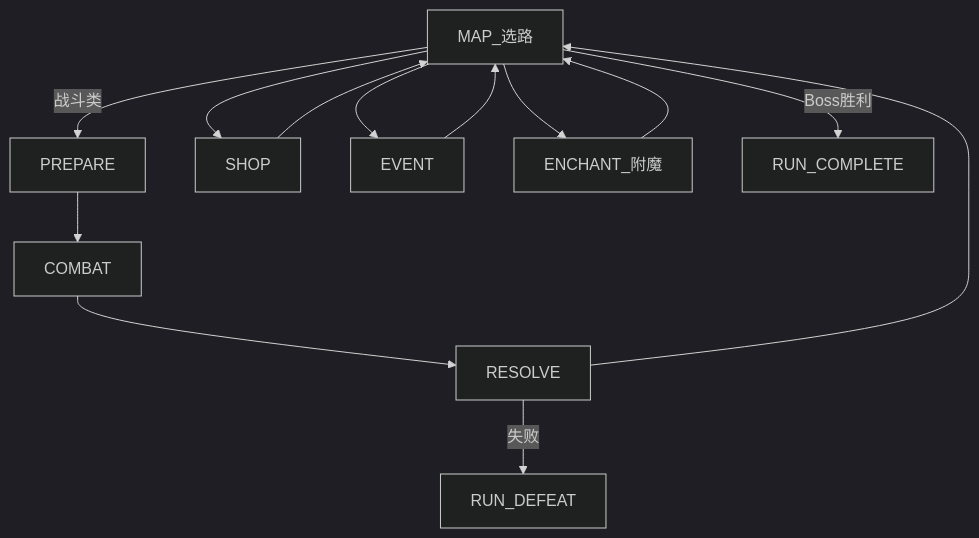
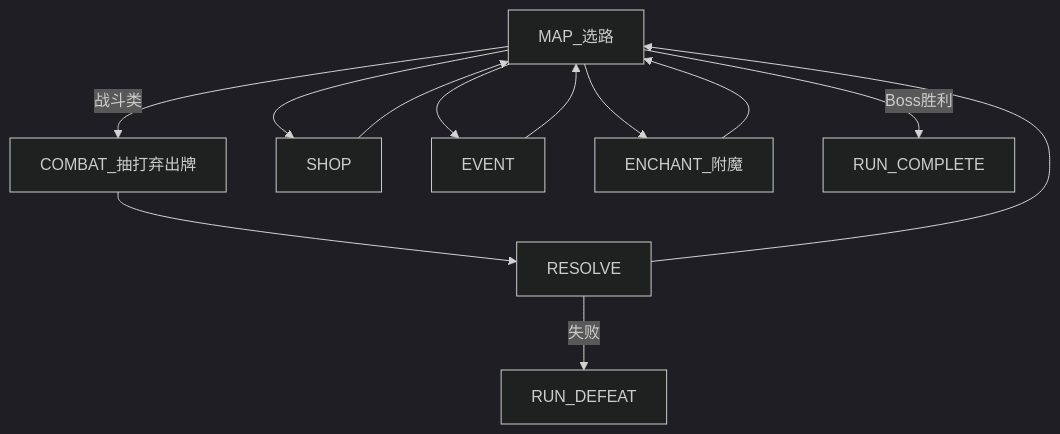
One commit to Kanerickyz/Godot-Project---Clash-royale-like-Game changed the first of 2 diagrams in Documents/GAME_VISION.md. Above: the diagram before and after it, drawn with Mermaid (dark theme). The commit also changed other lines of this file and 15 other files, not shown here.

````diff
--- a/Documents/GAME_VISION.md
+++ b/Documents/GAME_VISION.md
@@ -110,9 +101,9 @@
 ```mermaid
 flowchart TD
-    Map[MAP_选路] -->|战斗类| Prep[PREPARE] --> Combat[COMBAT] --> Resolve[RESOLVE] --> Map
+    Map[MAP_选路] -->|战斗类| Combat[COMBAT_抽打弃出牌] --> Resolve[RESOLVE] --> Map
     Map --> ShopNode[SHOP] --> Map
     Map --> Event[EVENT] --> Map
     Map --> Enchant[ENCHANT_附魔] --> Map
     Resolve -->|失败| RunDefeat[RUN_DEFEAT]
     Map -->|Boss胜利| RunComplete[RUN_COMPLETE]
 ```
````
